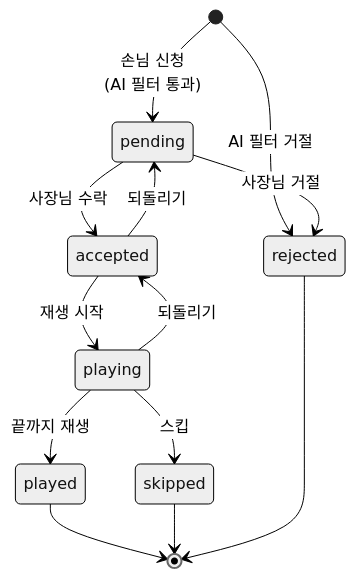
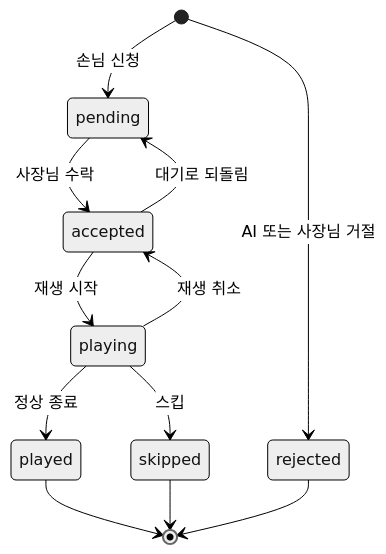
The third of 3 diagrams in docs/ARCHITECTURE.md (sngmng6506/caffeine-Flow), drawn with Mermaid (neutral theme) before and after one commit. The commit also changed other lines of this file, not shown here.

First line of the commit message:
docs(architecture): 시스템 경계 중심으로 축소

````diff
--- a/docs/ARCHITECTURE.md
+++ b/docs/ARCHITECTURE.md
@@ -34,18 +65,17 @@
 ```mermaid
 stateDiagram-v2
-    [*] --> pending : 손님 신청<br/>(AI 필터 통과)
-    [*] --> rejected : AI 필터 거절
+    [*] --> pending : 손님 신청
+    [*] --> rejected : AI 또는 사장님 거절
 
     pending --> accepted : 사장님 수락
-    accepted --> pending : 되돌리기
+    accepted --> pending : 대기로 되돌림
     accepted --> playing : 재생 시작
-    playing --> accepted : 되돌리기
-    pending --> rejected : 사장님 거절
+    playing --> accepted : 재생 취소
 
-    playing --> played : 끝까지 재생
+    playing --> played : 정상 종료
     playing --> skipped : 스킵
 
     played --> [*]
     skipped --> [*]
     rejected --> [*]
 ```
````
